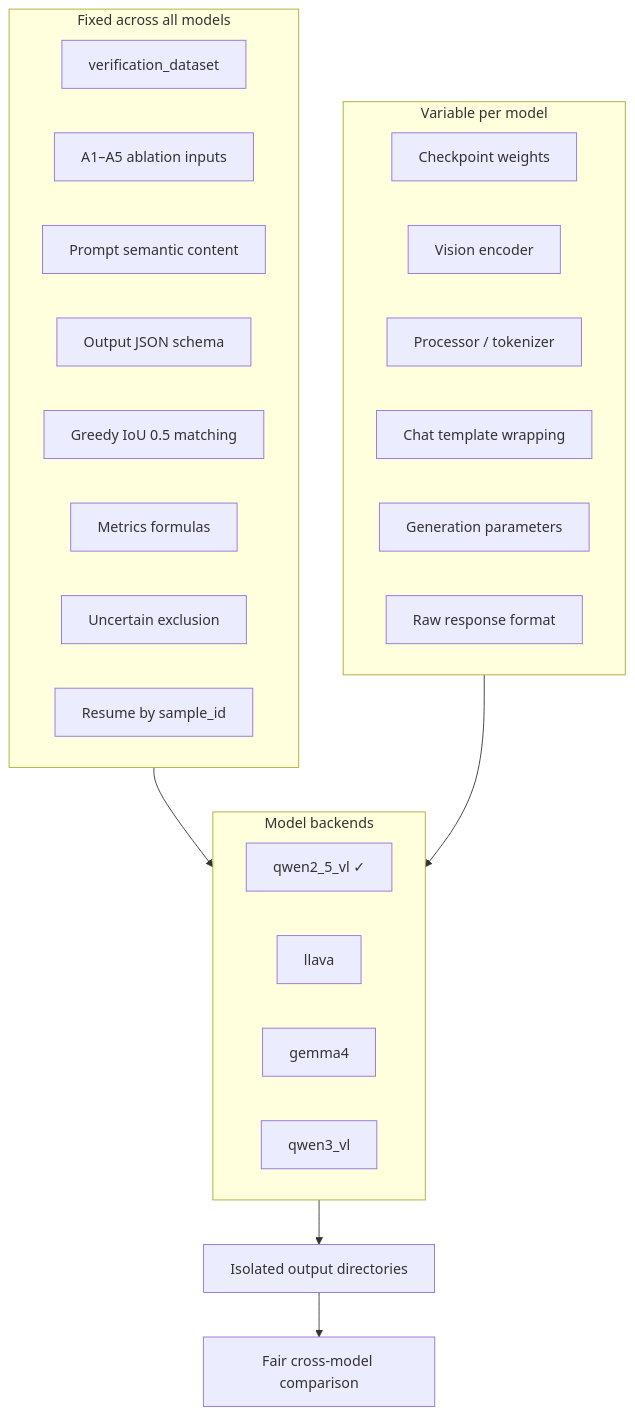
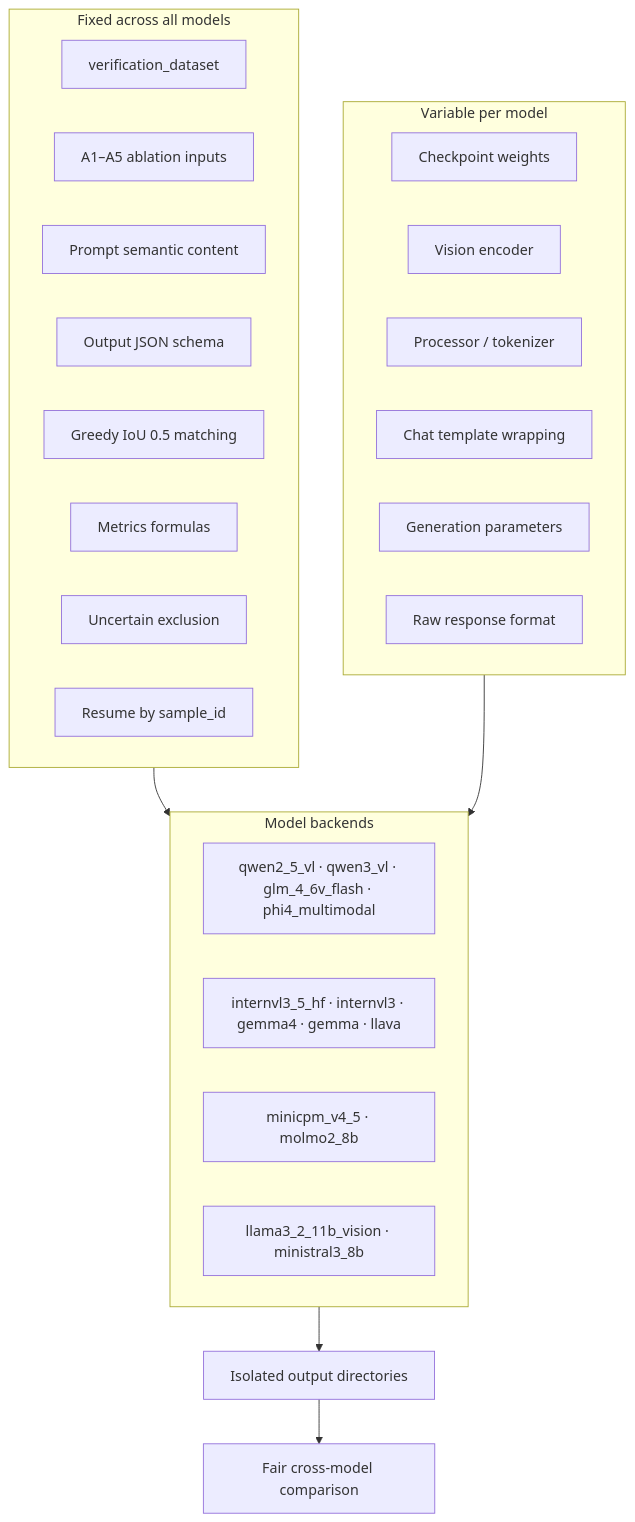
One commit to AnnieZX/wild-palm-lvm-verification changed diagram 11 of 13 in docs/ARCHITECTURE.md. Above: the diagram before and after it, drawn with Mermaid. The commit also changed other lines of this file and 68 other files, not shown here.

````diff
--- a/docs/ARCHITECTURE.md
+++ b/docs/ARCHITECTURE.md
@@ -413,34 +416,34 @@
 ```mermaid
 flowchart TB
     subgraph fixed [Fixed across all models]
         DS[verification_dataset]
         AB[A1–A5 ablation inputs]
         PR[Prompt semantic content]
         SC[Output JSON schema]
         GT[Greedy IoU 0.5 matching]
         MT[Metrics formulas]
         UC[Uncertain exclusion]
         RS[Resume by sample_id]
     end
 
     subgraph variable [Variable per model]
         W[Checkpoint weights]
         VE[Vision encoder]
         TK[Processor / tokenizer]
         CT[Chat template wrapping]
         GP[Generation parameters]
         RF[Raw response format]
     end
 
     subgraph models [Model backends]
-        M1[qwen2_5_vl ✓]
-        M2[llava]
-        M3[gemma4]
-        M4[qwen3_vl]
+        M1[qwen2_5_vl · qwen3_vl · glm_4_6v_flash · phi4_multimodal]
+        M2[internvl3_5_hf · internvl3 · gemma4 · gemma · llava]
+        M3[minicpm_v4_5 · molmo2_8b]
+        M4[llama3_2_11b_vision · ministral3_8b]
     end
 
     fixed --> models
     variable --> models
     models --> OUT[Isolated output directories]
     OUT --> CMP[Fair cross-model comparison]
 ```
````
